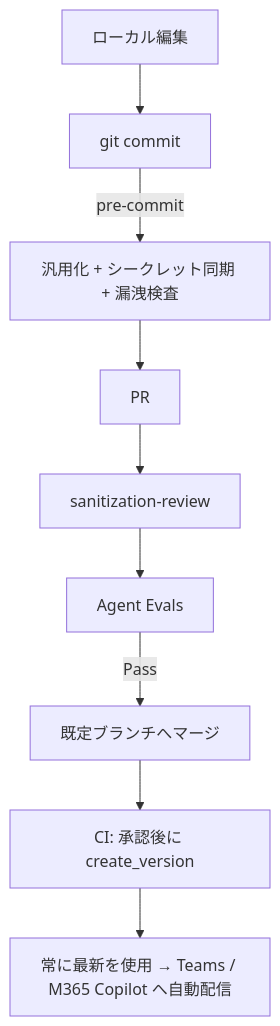
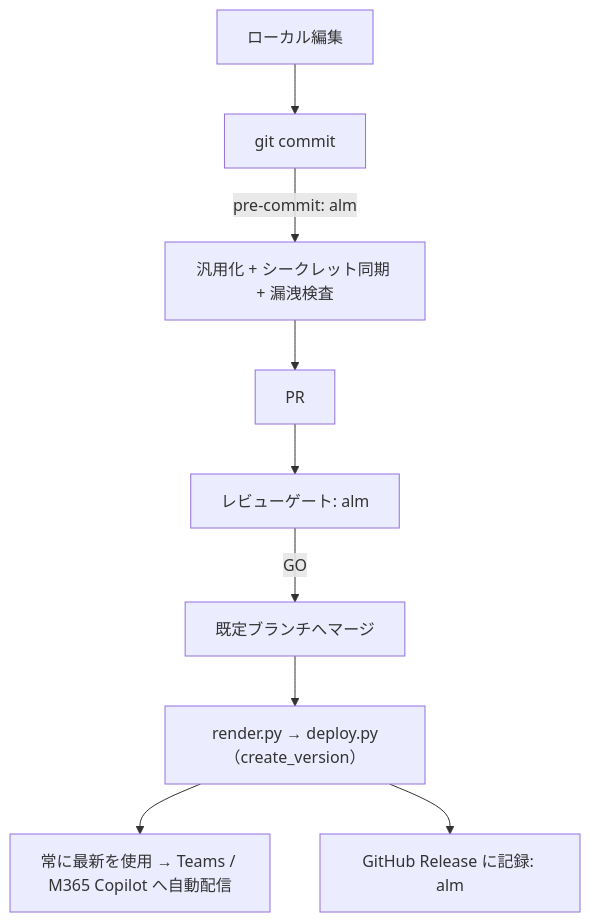
Before and after one commit to geekfujiwara/CodeAppsDevelopmentStandard: the diagram in .github/skills/agent365/SKILL.md, drawn with Mermaid. The commit also changed other lines of this file and 20 other files, not shown here.

First line of the commit message:
skill(alm): ALM 共通スキルを新設し agent365 を Core に分離

````diff
--- a/.github/skills/agent365/SKILL.md
+++ b/.github/skills/agent365/SKILL.md
@@ -273,11 +282,11 @@
 ```mermaid
 flowchart TD
     A[ローカル編集] --> B[git commit]
-    B -->|pre-commit| C[汎用化 + シークレット同期 + 漏洩検査]
+    B -->|pre-commit: alm| C[汎用化 + シークレット同期 + 漏洩検査]
     C --> D[PR]
-    D --> E[sanitization-review]
-    E --> F[Agent Evals]
-    F -->|Pass| G[既定ブランチへマージ]
-    G --> H[CI: 承認後に create_version]
-    H --> I[常に最新を使用 → Teams / M365 Copilot へ自動配信]
+    D --> E[レビューゲート: alm]
+    E -->|GO| F[既定ブランチへマージ]
+    F --> G[render.py → deploy.py（create_version）]
+    G --> H[常に最新を使用 → Teams / M365 Copilot へ自動配信]
+    G --> I[GitHub Release に記録: alm]
 ```
````
